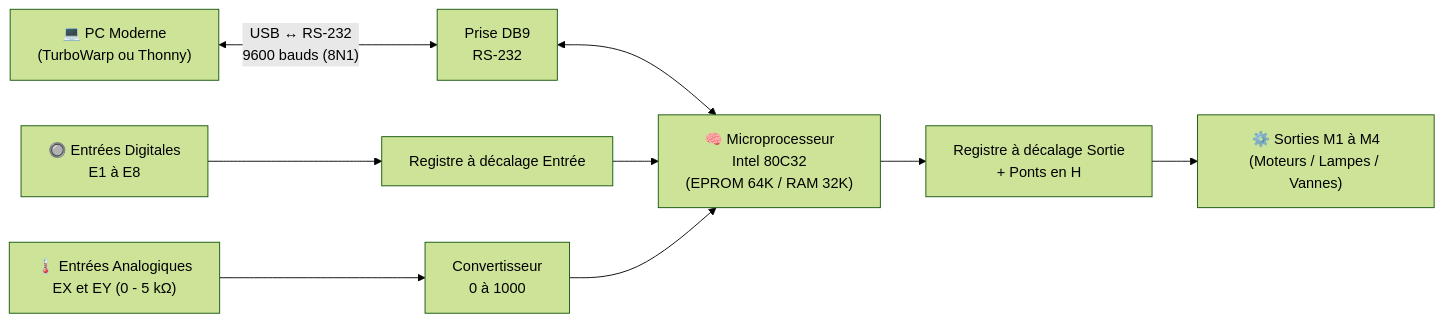
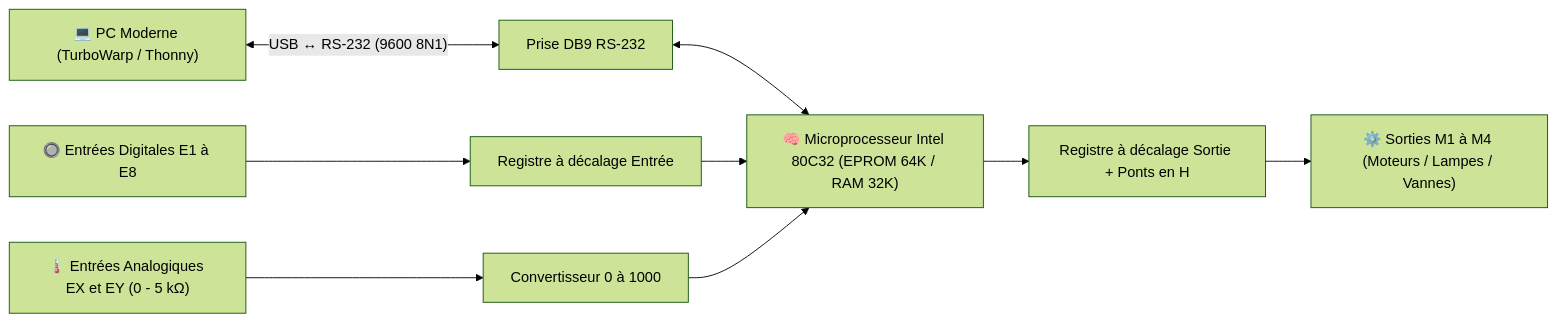
The diagram in README.md (fgo-droid/fischertechnik-30402-scratch-python), drawn with Mermaid (forest theme) before and after one commit. The commit also changed other lines of this file and 2 other files, not shown here.

Commit message:
Fix README rendering: replace ASCII terminal block with vector SVG diagram and clean up arrows

````diff
--- a/README.md
+++ b/README.md
@@ -36,11 +36,11 @@
 ```mermaid
 flowchart LR
-    PC["💻 PC Moderne\n(TurboWarp ou Thonny)"] <-->|"USB ↔ RS-232\n9600 bauds (8N1)"| UART["Prise DB9\nRS-232"]
-    UART <--> CPU["🧠 Microprocesseur\nIntel 80C32\n(EPROM 64K / RAM 32K)"]
-    CPU --> SRO["Registre à décalage Sortie\n+ Ponts en H"]
-    SRO --> M["⚙️ Sorties M1 à M4\n(Moteurs / Lampes / Vannes)"]
-    E["🔘 Entrées Digitales\nE1 à E8"] --> SRI["Registre à décalage Entrée"]
+    PC["💻 PC Moderne (TurboWarp / Thonny)"] <-->|"USB ↔ RS-232 (9600 8N1)"| UART["Prise DB9 RS-232"]
+    UART <--> CPU["🧠 Microprocesseur Intel 80C32 (EPROM 64K / RAM 32K)"]
+    CPU --> SRO["Registre à décalage Sortie + Ponts en H"]
+    SRO --> M["⚙️ Sorties M1 à M4 (Moteurs / Lampes / Vannes)"]
+    E["🔘 Entrées Digitales E1 à E8"] --> SRI["Registre à décalage Entrée"]
     SRI --> CPU
-    EXEY["🌡️ Entrées Analogiques\nEX et EY (0 - 5 kΩ)"] --> MUX["Convertisseur\n0 à 1000"]
+    EXEY["🌡️ Entrées Analogiques EX et EY (0 - 5 kΩ)"] --> MUX["Convertisseur 0 à 1000"]
     MUX --> CPU
 ```
````
